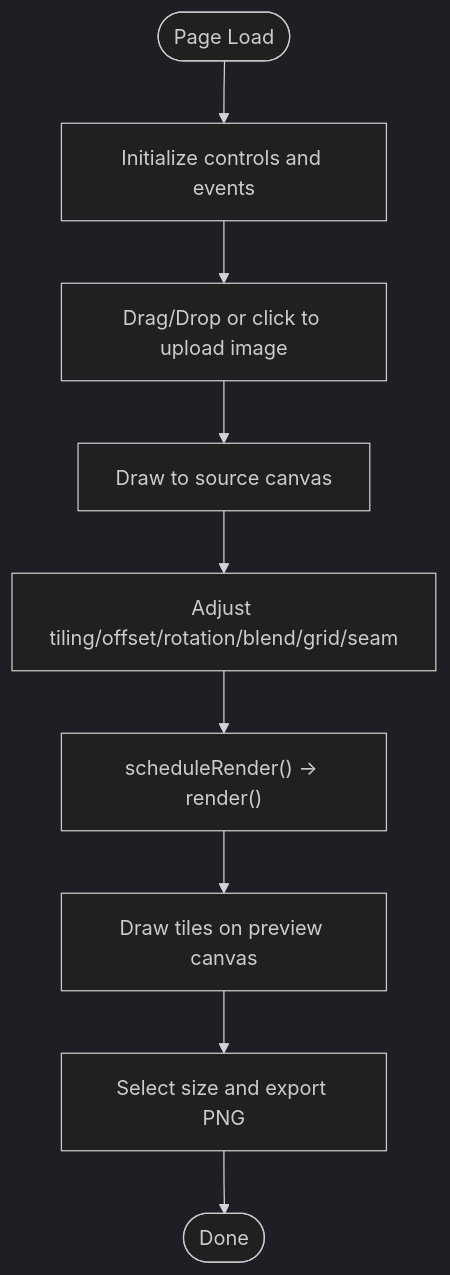
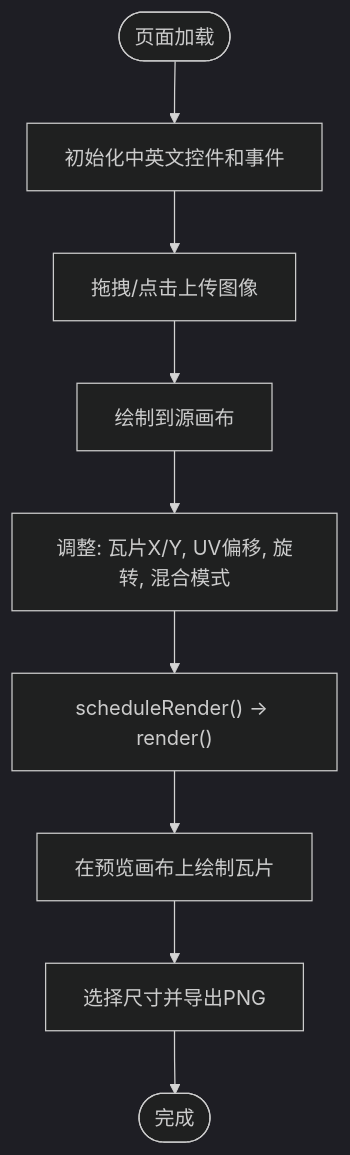
One commit to treasureGrove/TAWEBTOOL changed the third of 9 diagrams in .qoder/repowiki/en/content/Image Processing Tools/Tiling Texture Preview.md. Above: the diagram before and after it, drawn with Mermaid (dark theme). The commit also changed other lines of this file and 30 other files, not shown here.

````diff
--- a/.qoder/repowiki/en/content/Image Processing Tools/Tiling Texture Preview.md
+++ b/.qoder/repowiki/en/content/Image Processing Tools/Tiling Texture Preview.md
@@ -120,11 +133,11 @@
 ```mermaid
 flowchart TD
-Start(["Page Load"]) --> Init["Initialize controls and events"]
-Init --> Upload["Drag/Drop or click to upload image"]
-Upload --> SrcCanvas["Draw to source canvas"]
-SrcCanvas --> Params["Adjust tiling/offset/rotation/blend/grid/seam"]
+Start(["页面加载"]) --> Init["初始化中英文控件和事件"]
+Init --> Upload["拖拽/点击上传图像"]
+Upload --> SrcCanvas["绘制到源画布"]
+SrcCanvas --> Params["调整: 瓦片X/Y, UV偏移, 旋转, 混合模式"]
 Params --> Render["scheduleRender() -> render()"]
-Render --> Preview["Draw tiles on preview canvas"]
-Preview --> Export["Select size and export PNG"]
-Export --> Done(["Done"])
+Render --> Preview["在预览画布上绘制瓦片"]
+Preview --> Export["选择尺寸并导出PNG"]
+Export --> Done(["完成"])
 ```
````
